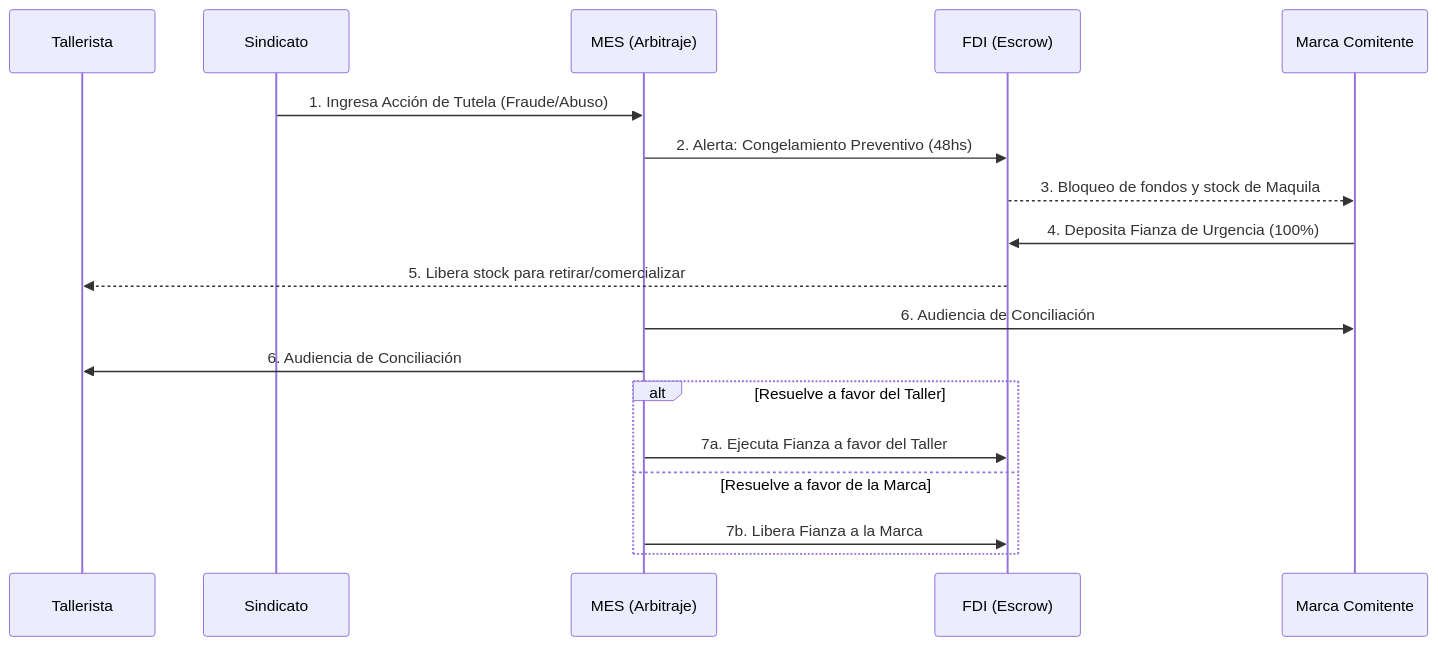
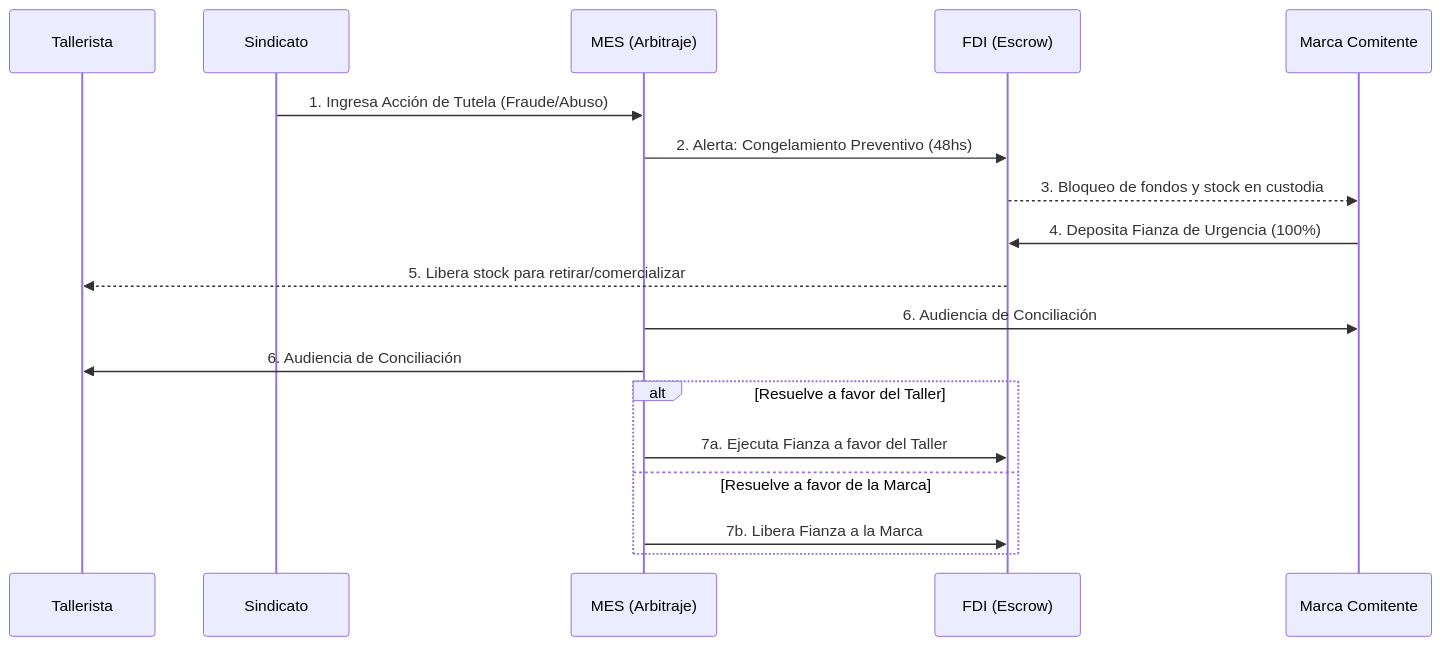
Before and after one commit to sarthouse/indinopy: the second of 3 diagrams in docs/md/dossier_fimca_addenda2.md, drawn with Mermaid. The commit also changed other lines of this file and 24 other files, not shown here.

````diff
--- a/docs/md/dossier_fimca_addenda2.md
+++ b/docs/md/dossier_fimca_addenda2.md
@@ -187,21 +191,21 @@
 ```mermaid
 sequenceDiagram
     participant T as Tallerista
     participant S as Sindicato
     participant M as MES (Arbitraje)
     participant E as FDI (Escrow)
     participant C as Marca Comitente
 
     S->>M: 1. Ingresa Acción de Tutela (Fraude/Abuso)
     M->>E: 2. Alerta: Congelamiento Preventivo (48hs)
-    E-->>C: 3. Bloqueo de fondos y stock de Maquila
+    E-->>C: 3. Bloqueo de fondos y stock en custodia
     C->>E: 4. Deposita Fianza de Urgencia (100%)
     E-->>T: 5. Libera stock para retirar/comercializar
     M->>C: 6. Audiencia de Conciliación
     M->>T: 6. Audiencia de Conciliación
     alt Resuelve a favor del Taller
         M->>E: 7a. Ejecuta Fianza a favor del Taller
     else Resuelve a favor de la Marca
         M->>E: 7b. Libera Fianza a la Marca
     end
 ```
````
